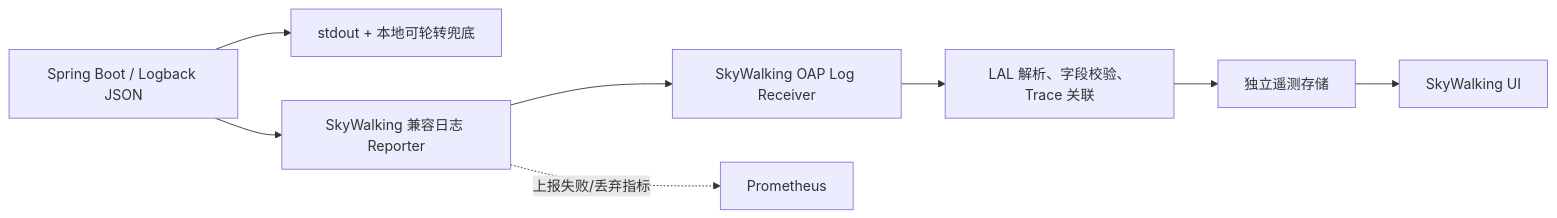
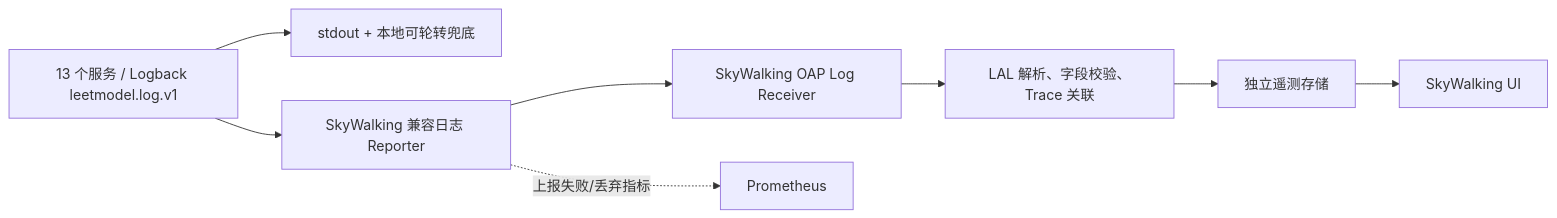
Before and after one commit to Dorian7Alden/LeetModel: the diagram in docs/project/02-架构设计/日志系统.md, drawn with Mermaid. The commit also changed other lines of this file and 5 other files, not shown here.

````diff
--- a/docs/project/02-架构设计/日志系统.md
+++ b/docs/project/02-架构设计/日志系统.md
@@ -37,10 +40,10 @@
 ```mermaid
 flowchart LR
-    APP["Spring Boot / Logback JSON"] --> STDOUT["stdout + 本地可轮转兜底"]
+    APP["13 个服务 / Logback leetmodel.log.v1"] --> STDOUT["stdout + 本地可轮转兜底"]
     APP --> REPORTER["SkyWalking 兼容日志 Reporter"]
     REPORTER --> OAP["SkyWalking OAP Log Receiver"]
     OAP --> LAL["LAL 解析、字段校验、Trace 关联"]
     LAL --> STORE["独立遥测存储"]
     STORE --> UI["SkyWalking UI"]
     REPORTER -. "上报失败/丢弃指标" .-> PROM["Prometheus"]
 ```
````
